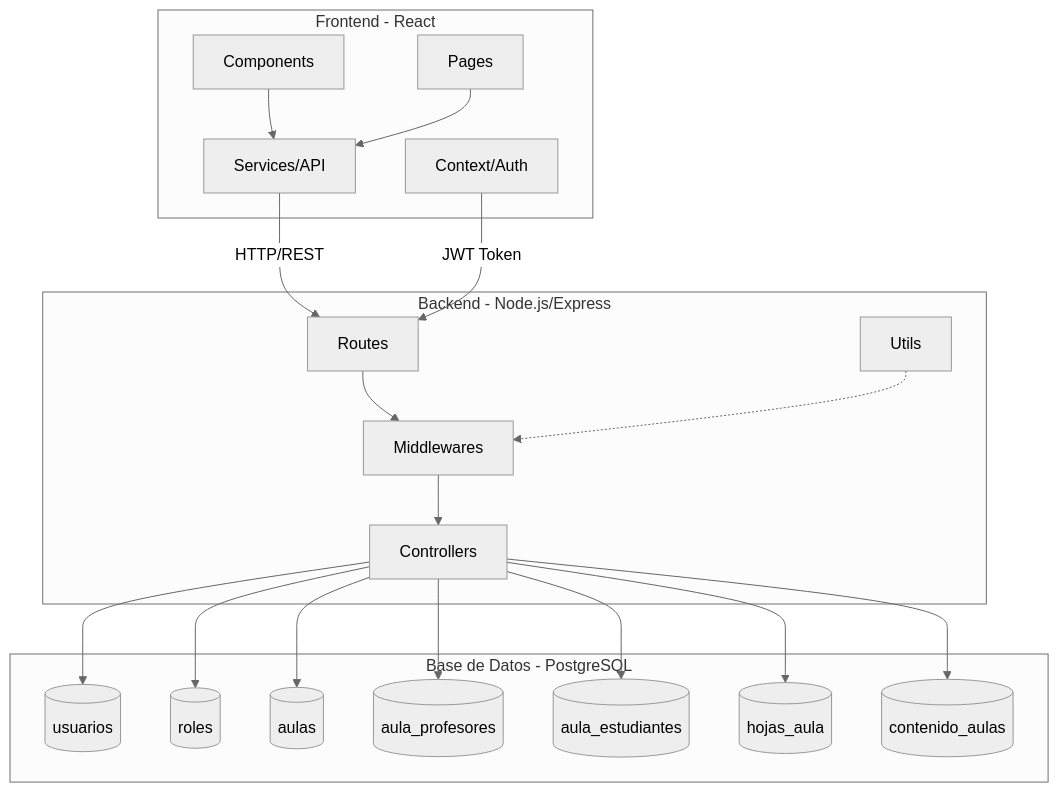
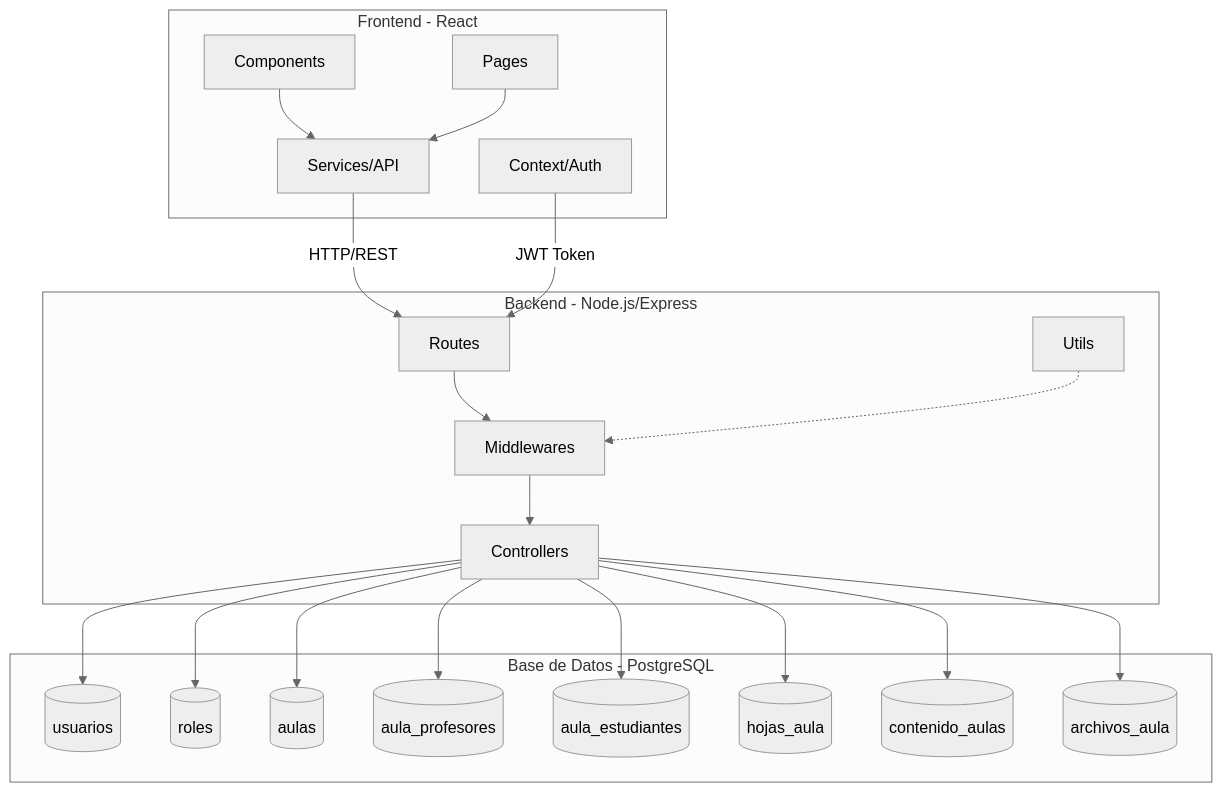
One commit to NicoMagro/AulaVirtual changed the first of 4 diagrams in README.md. Above: the diagram before and after it, drawn with Mermaid (neutral theme). The commit also changed other lines of this file and 8 other files, not shown here.

````diff
--- a/README.md
+++ b/README.md
@@ -7,41 +7,43 @@
 ```mermaid
 graph TB
     subgraph "Frontend - React"
         A[Components]
         B[Pages]
         C[Services/API]
         D[Context/Auth]
     end
 
     subgraph "Backend - Node.js/Express"
         E[Routes]
         F[Controllers]
         G[Middlewares]
         H[Utils]
     end
 
     subgraph "Base de Datos - PostgreSQL"
         I[(usuarios)]
         J[(roles)]
         K[(aulas)]
         L[(aula_profesores)]
         M[(aula_estudiantes)]
         N[(hojas_aula)]
         O[(contenido_aulas)]
+        P[(archivos_aula)]
     end
 
     A --> C
     B --> C
     C --> |HTTP/REST| E
     D --> |JWT Token| E
     E --> G
     G --> F
     F --> I
     F --> J
     F --> K
     F --> L
     F --> M
     F --> N
     F --> O
+    F --> P
     H -.-> G
 ```
````
